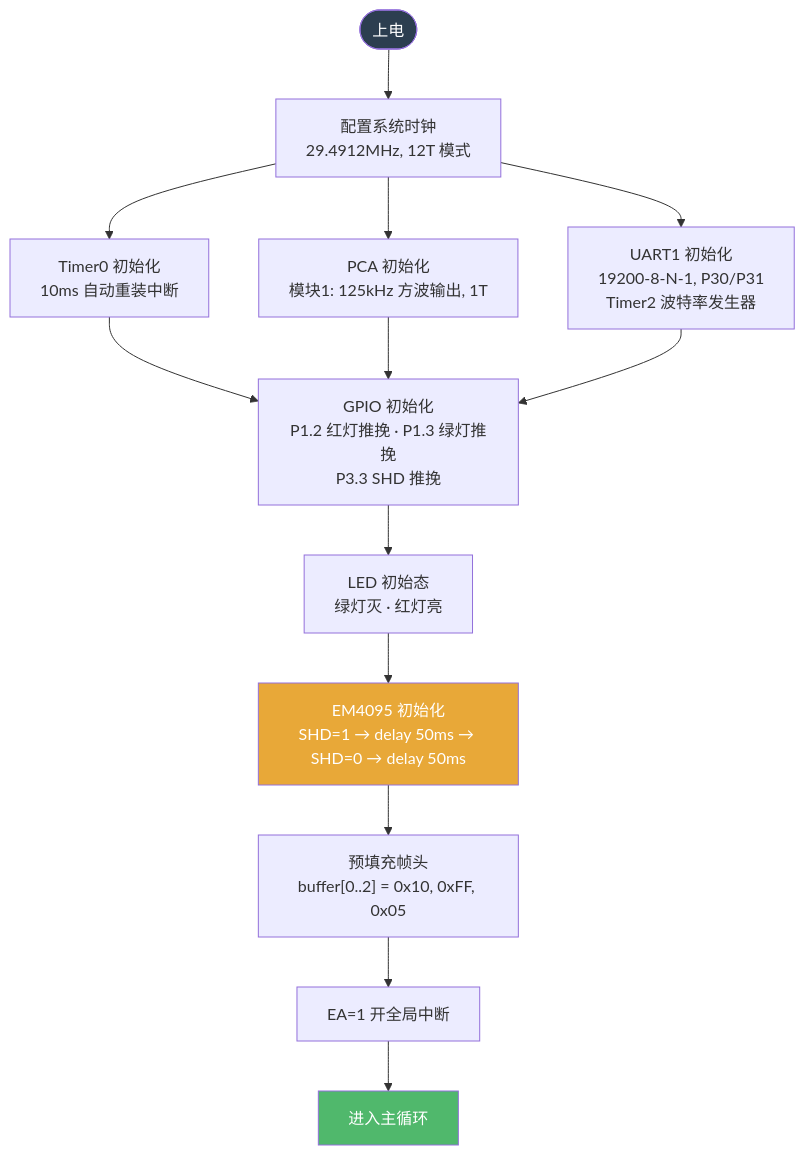
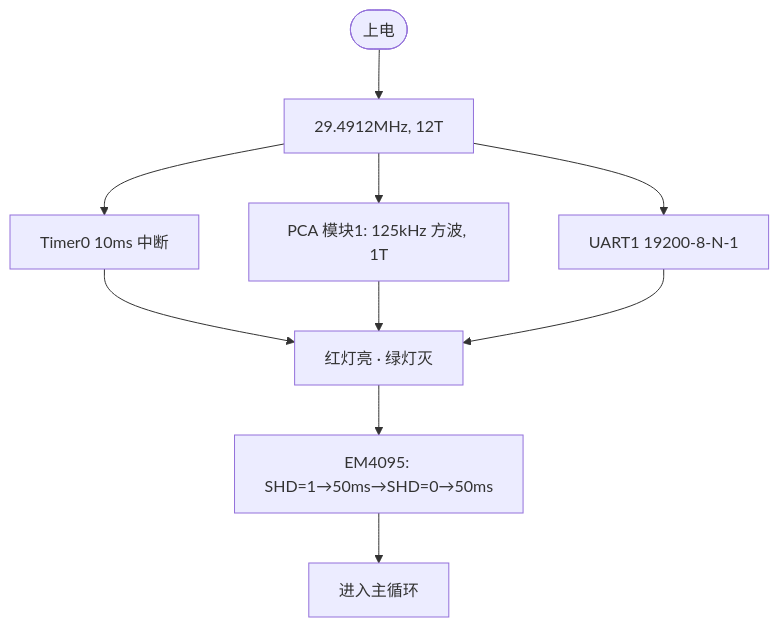
The first of 6 diagrams in 工作/SR3读卡器/260802SR2读卡器行为.md (Siaiai/ObsidianNote), drawn with Mermaid before and after one commit. The commit also changed other lines of this file and 3 other files, not shown here.

````diff
--- a/工作/SR3读卡器/260802SR2读卡器行为.md
+++ b/工作/SR3读卡器/260802SR2读卡器行为.md
@@ -36,27 +64,12 @@
 ```mermaid
 flowchart TD
-    PowerOn(["上电"]) --> Clock["配置系统时钟<br/>29.4912MHz, 12T 模式"]
-
-    Clock --> T0["Timer0 初始化<br/>10ms 自动重装中断"]
-    Clock --> PCA["PCA 初始化<br/>模块1: 125kHz 方波输出, 1T"]
-    Clock --> UART["UART1 初始化<br/>19200-8-N-1, P30/P31<br/>Timer2 波特率发生器"]
-
-    T0 --> GPIO["GPIO 初始化<br/>P1.2 红灯推挽 · P1.3 绿灯推挽<br/>P3.3 SHD 推挽"]
-
-    PCA --> GPIO
-    UART --> GPIO
-
-    GPIO --> LED["LED 初始态<br/>绿灯灭 · 红灯亮"]
-
-    LED --> EM4095["EM4095 初始化<br/>SHD=1 → delay 50ms → SHD=0 → delay 50ms"]
-
-    EM4095 --> Prefill["预填充帧头<br/>buffer[0..2] = 0x10, 0xFF, 0x05"]
-
-    Prefill --> EA["EA=1 开全局中断"]
-
-    EA --> MainLoop["进入主循环"]
-
-    style PowerOn fill:#2C3E50,color:#fff
-    style EM4095 fill:#E8A838,color:#fff
-    style MainLoop fill:#50B86C,color:#fff
+    PowerOn(["上电"]) --> Clock["29.4912MHz, 12T"]
+    Clock --> Timer0["Timer0 10ms 中断"]
+    Clock --> PCA["PCA 模块1: 125kHz 方波, 1T"]
+    Clock --> UART["UART1 19200-8-N-1"]
+    Timer0 --> LED["红灯亮 · 绿灯灭"]
+    PCA --> LED
+    UART --> LED
+    LED --> EM4095["EM4095: SHD=1→50ms→SHD=0→50ms"]
+    EM4095 --> MainLoop["进入主循环"]
 ```
````
